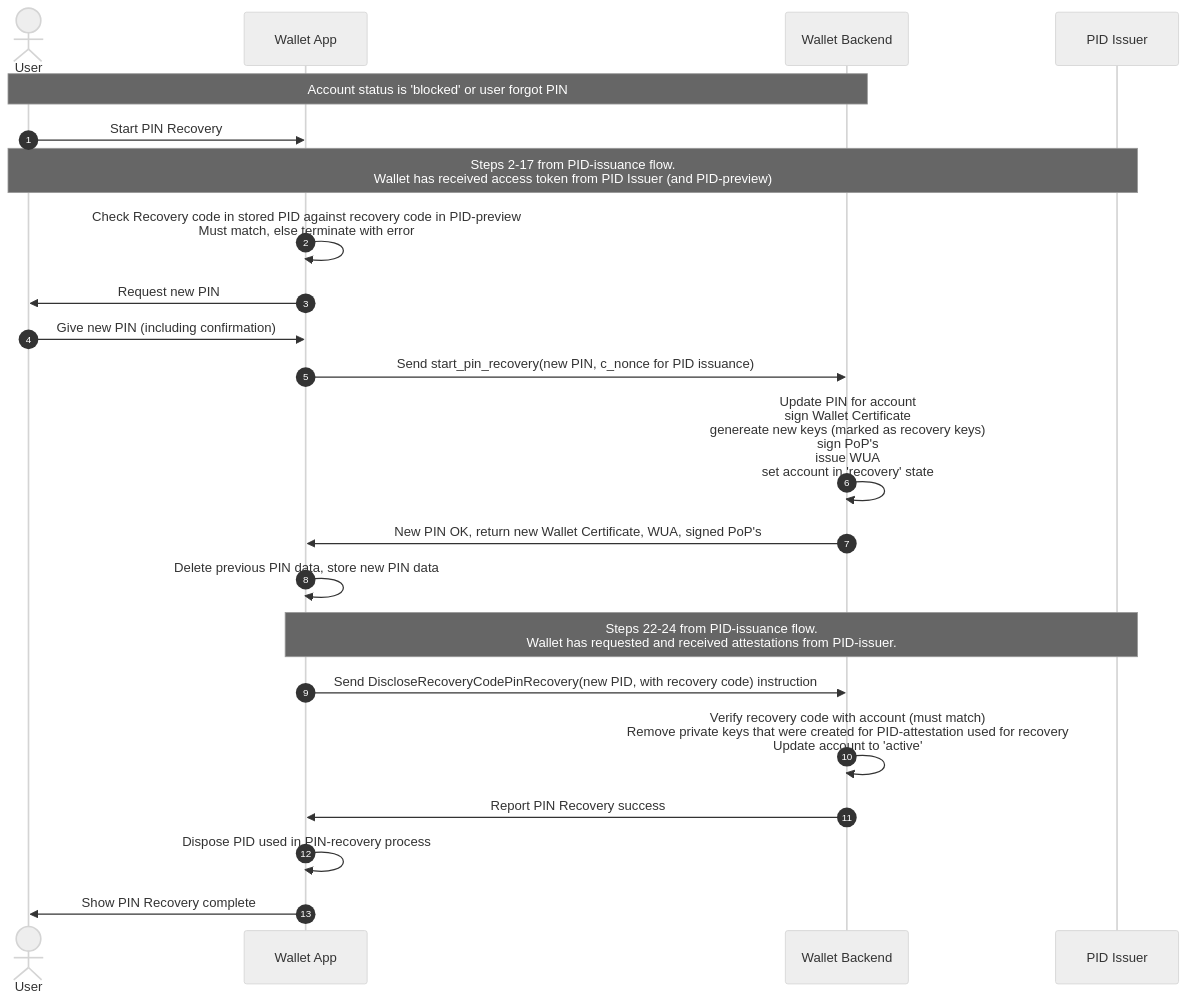
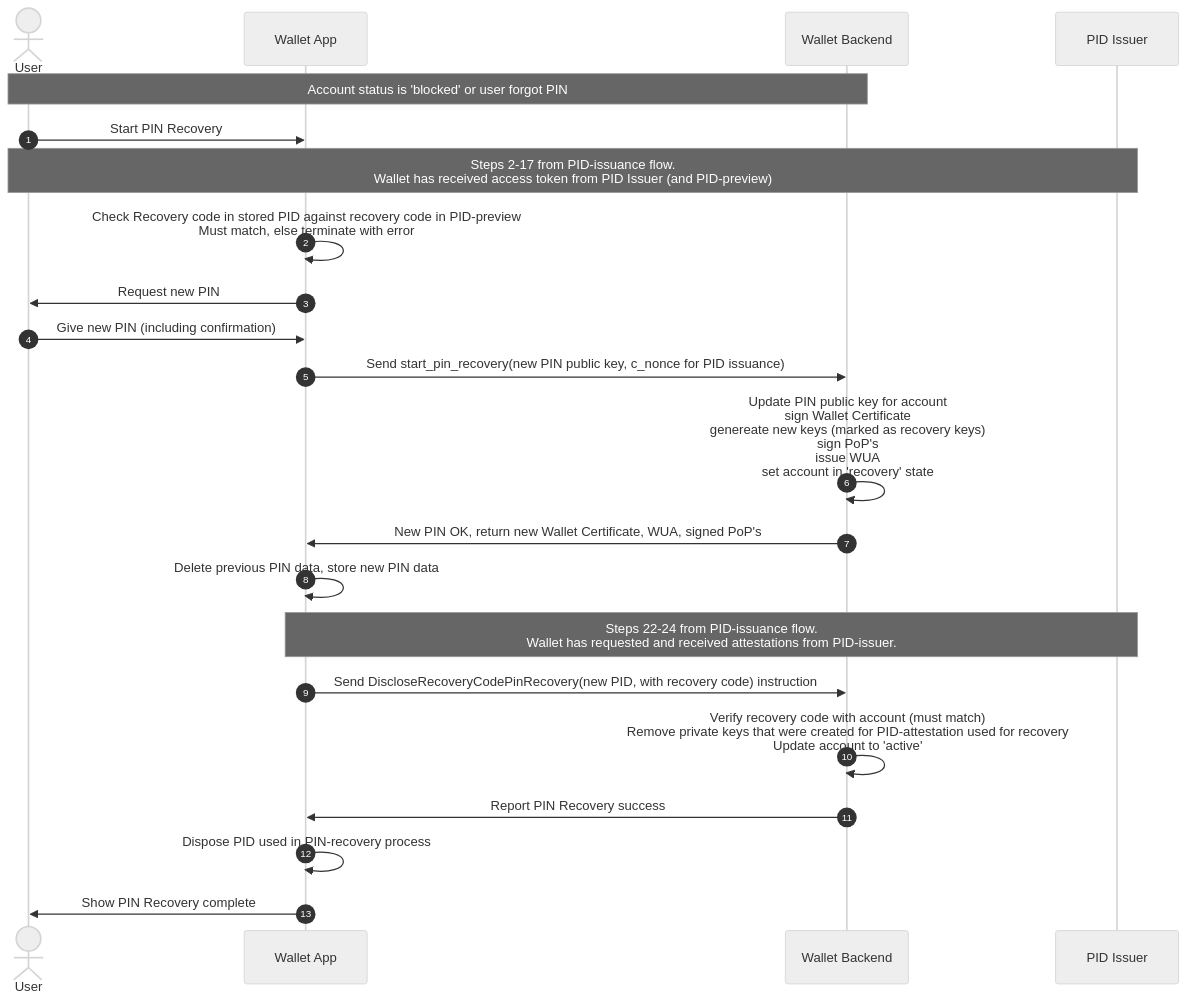
One commit to MinBZK/nl-wallet changed the first of 3 diagrams in wallet_docs/architecture/use-cases/recovery_usecases.md. Above: the diagram before and after it, drawn with Mermaid (neutral theme). The commit also changed other lines of this file and 2 other files, not shown here.

Commit message:
changed wallet_provider to Wallet Backend

````diff
--- a/wallet_docs/architecture/use-cases/recovery_usecases.md
+++ b/wallet_docs/architecture/use-cases/recovery_usecases.md
@@ -44,25 +44,25 @@
 ```{mermaid}
 sequenceDiagram
     autonumber
     actor User as User
     participant Wallet as Wallet App
     participant WP as Wallet Backend
     participant PID as PID Issuer
     
     note over User, WP: Account status is 'blocked' or user forgot PIN 
     User ->> Wallet : Start PIN Recovery 
     note over User, PID:Steps 2-17 from PID-issuance flow. <br/> Wallet has received access token from PID Issuer (and PID-preview)
     Wallet ->> Wallet: Check Recovery code in stored PID against recovery code in PID-preview<br/>Must match, else terminate with error
     Wallet ->> User: Request new PIN
     User ->> Wallet: Give new PIN (including confirmation)
-    Wallet ->> WP: Send start_pin_recovery(new PIN, c_nonce for PID issuance)
-    WP ->> WP: Update PIN for account<br/> sign Wallet Certificate<br/>genereate new keys (marked as recovery keys)<br/> sign PoP's<br/> issue WUA<br/>set account in 'recovery' state
+    Wallet ->> WP: Send start_pin_recovery(new PIN public key, c_nonce for PID issuance)
+    WP ->> WP: Update PIN public key for account<br/> sign Wallet Certificate<br/>genereate new keys (marked as recovery keys)<br/> sign PoP's<br/> issue WUA<br/>set account in 'recovery' state
     WP ->> Wallet: New PIN OK, return new Wallet Certificate, WUA, signed PoP's
     Wallet ->> Wallet: Delete previous PIN data, store new PIN data    
     note over Wallet, PID: Steps 22-24 from PID-issuance flow. <br/> Wallet has requested and received attestations from PID-issuer. 
     Wallet ->> WP: Send DiscloseRecoveryCodePinRecovery(new PID, with recovery code) instruction
     WP ->> WP: Verify recovery code with account (must match)<br/>Remove private keys that were created for PID-attestation used for recovery<br/>Update account to 'active'
     WP ->> Wallet: Report PIN Recovery success
     Wallet ->> Wallet: Dispose PID used in PIN-recovery process
     Wallet ->> User: Show PIN Recovery complete
 ```
````
